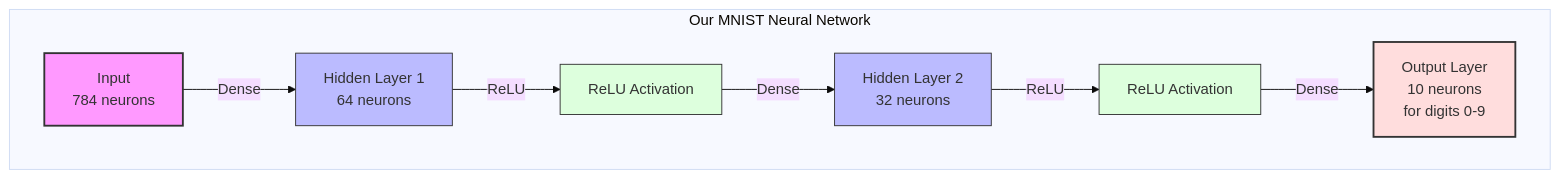
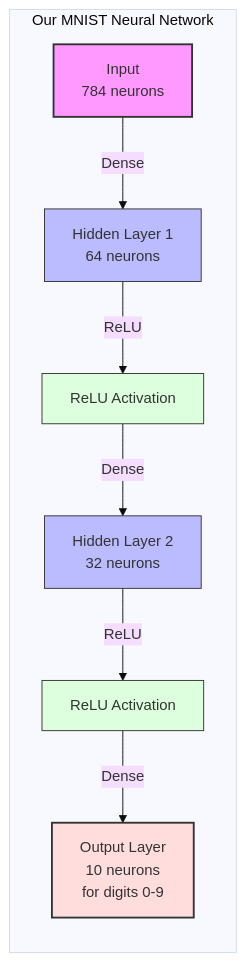
One commit to reveurmichael/machine_learning changed diagram 12 of 14 in week-4/code-nn-from-scratch.md. Above: the diagram before and after it, drawn with Mermaid (base theme). The commit also changed other lines of this file, not shown here.

````diff
--- a/week-4/code-nn-from-scratch.md
+++ b/week-4/code-nn-from-scratch.md
@@ -913,19 +902,17 @@
 ```mermaid
 graph LR
     subgraph "Our MNIST Neural Network"
-        direction LR
-        
         X["Input<br>784 neurons"] -->|"Dense"| H1["Hidden Layer 1<br>64 neurons"]
         H1 -->|"ReLU"| H1A["ReLU Activation"]
         H1A -->|"Dense"| H2["Hidden Layer 2<br>32 neurons"]
         H2 -->|"ReLU"| H2A["ReLU Activation"]
         H2A -->|"Dense"| O["Output Layer<br>10 neurons<br>for digits 0-9"]
         
         style X fill:#f9f,stroke:#333,stroke-width:2px
         style H1 fill:#bbf,stroke:#333,stroke-width:1px
         style H1A fill:#dfd,stroke:#333,stroke-width:1px
         style H2 fill:#bbf,stroke:#333,stroke-width:1px
         style H2A fill:#dfd,stroke:#333,stroke-width:1px
         style O fill:#fdd,stroke:#333,stroke-width:2px
     end
 ```
````
